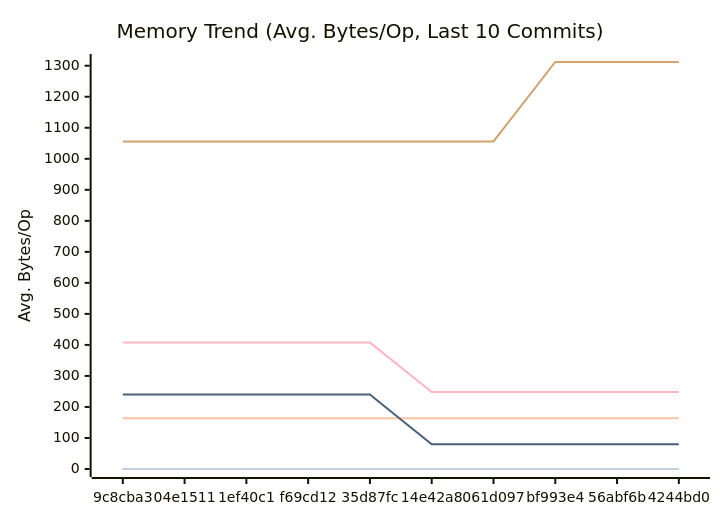
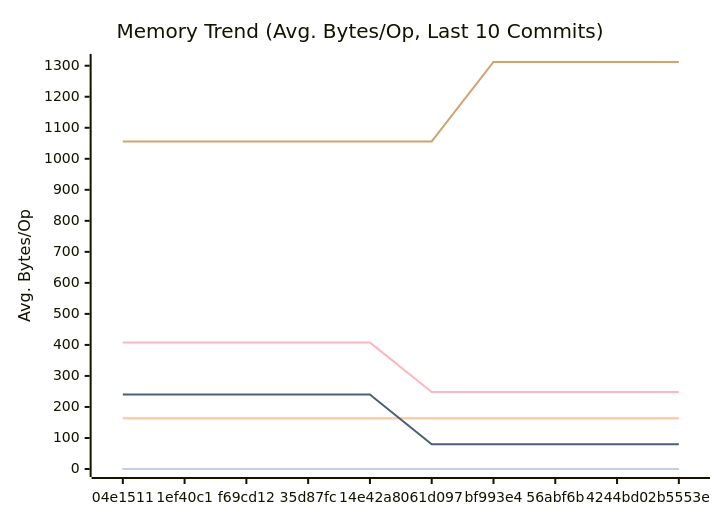
One commit to alsotoes/momo changed the second of 3 diagrams in docs/PERFORMANCE.md. Above: the diagram before and after it, drawn with Mermaid. The commit also changed other lines of this file and 3 other files, not shown here.

````diff
--- a/docs/PERFORMANCE.md
+++ b/docs/PERFORMANCE.md
@@ -97,16 +97,16 @@
 ```mermaid
 xychart-beta
     title "Memory Trend (Avg. Bytes/Op, Last 10 Commits)"
     x-axis "Commit"
     y-axis "Avg. Bytes/Op"
-    x-axis [9c8cba3,04e1511,1ef40c1,f69cd12,35d87fc,14e42a8,061d097,bf993e4,56abf6b,4244bd0]
+    x-axis [04e1511,1ef40c1,f69cd12,35d87fc,14e42a8,061d097,bf993e4,56abf6b,4244bd0,2b5553e]
     line "CheckMetricsAndSwap" [0,0,0,0,0,0,0,0,0,0]
     line "CrushOptimized" [0,0,0,0,0,0,0,0,0,0]
     line "CrushOriginal" [164,164,164,164,164,164,164,164,164,164]
     line "IndexDirectTracking" [0,0,0,0,0,0,0,0,0,0]
     line "IndexSearch" [0,0,0,0,0,0,0,0,0,0]
-    line "LoadGlobalConfig" [1056,1056,1056,1056,1056,1056,1056,1312,1312,1312]
+    line "LoadGlobalConfig" [1056,1056,1056,1056,1056,1056,1312,1312,1312,1312]
     line "PadString" [0,0,0,0,0,0,0,0,0,0]
     line "ParseReplicationOrder_NoPrealloc" [408,408,408,408,408,248,248,248,248,248]
     line "ParseReplicationOrder_Prealloc" [240,240,240,240,240,80,80,80,80,80]
 ```
````
